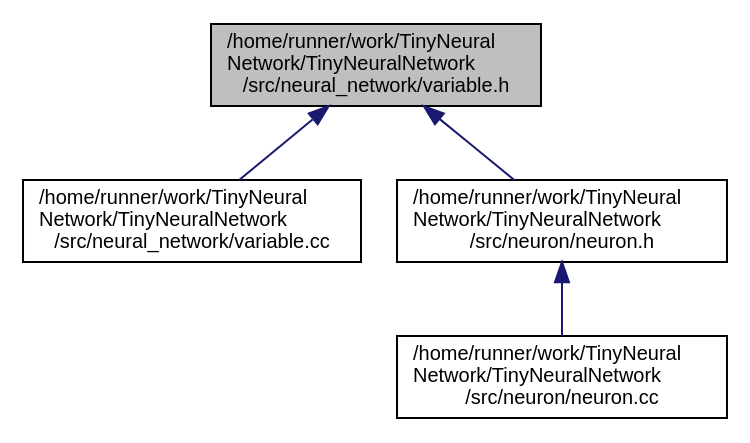
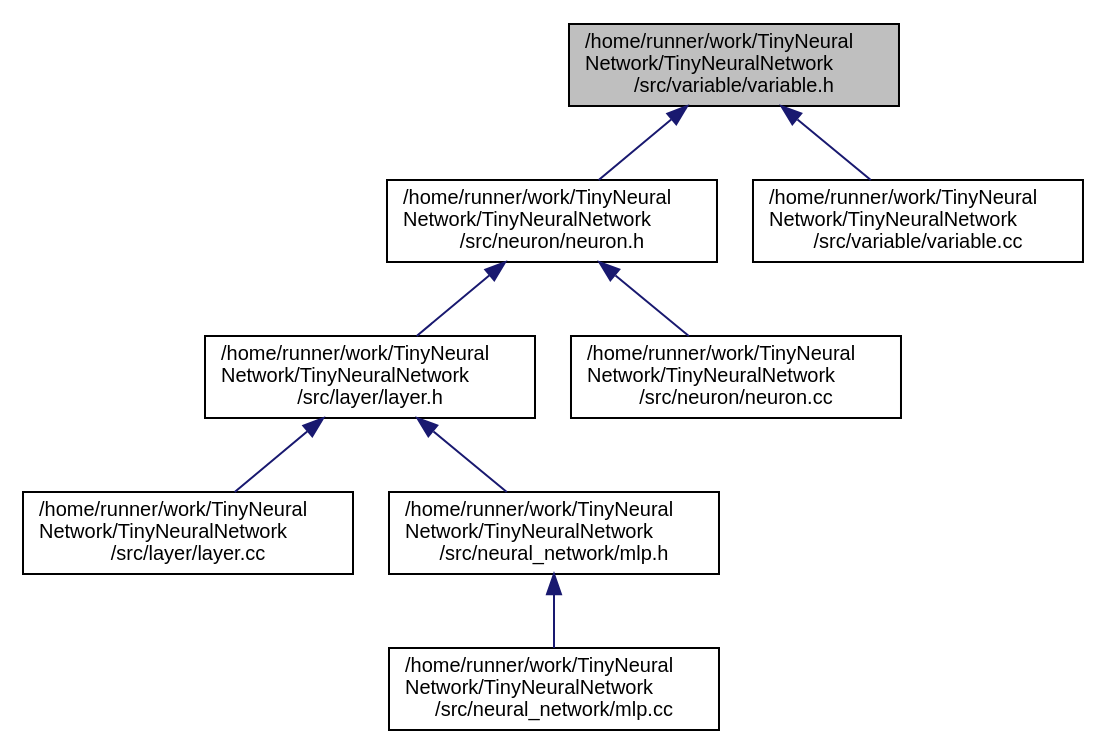
Before and after one commit to MaoSong2022/TinyNeuralNetwork: the diagram in variable_8h__dep__incl.dot, drawn with Graphviz. The commit also changed 90 other files, not shown here.

```diff
--- a/variable_8h__dep__incl.dot
+++ b/variable_8h__dep__incl.dot
@@ -1,13 +1,21 @@
-digraph "/home/runner/work/TinyNeuralNetwork/TinyNeuralNetwork/src/neural_network/variable.h"
+digraph "/home/runner/work/TinyNeuralNetwork/TinyNeuralNetwork/src/variable/variable.h"
 {
  // LATEX_PDF_SIZE
   edge [fontname="Helvetica",fontsize="10",labelfontname="Helvetica",labelfontsize="10"];
   node [fontname="Helvetica",fontsize="10",shape=record];
-  Node1 [label="/home/runner/work/TinyNeural\lNetwork/TinyNeuralNetwork\l/src/neural_network/variable.h",height=0.2,width=0.4,color="black", fillcolor="grey75", style="filled", fontcolor="black",tooltip=" "];
+  Node1 [label="/home/runner/work/TinyNeural\lNetwork/TinyNeuralNetwork\l/src/variable/variable.h",height=0.2,width=0.4,color="black", fillcolor="grey75", style="filled", fontcolor="black",tooltip=" "];
   Node1 -> Node2 [dir="back",color="midnightblue",fontsize="10",style="solid",fontname="Helvetica"];
-  Node2 [label="/home/runner/work/TinyNeural\lNetwork/TinyNeuralNetwork\l/src/neural_network/variable.cc",height=0.2,width=0.4,color="black", fillcolor="white", style="filled",URL="$variable_8cc.html",tooltip=" "];
-  Node1 -> Node3 [dir="back",color="midnightblue",fontsize="10",style="solid",fontname="Helvetica"];
-  Node3 [label="/home/runner/work/TinyNeural\lNetwork/TinyNeuralNetwork\l/src/neuron/neuron.h",height=0.2,width=0.4,color="black", fillcolor="white", style="filled",URL="$neuron_8h.html",tooltip=" "];
+  Node2 [label="/home/runner/work/TinyNeural\lNetwork/TinyNeuralNetwork\l/src/neuron/neuron.h",height=0.2,width=0.4,color="black", fillcolor="white", style="filled",URL="$neuron_8h.html",tooltip=" "];
+  Node2 -> Node3 [dir="back",color="midnightblue",fontsize="10",style="solid",fontname="Helvetica"];
+  Node3 [label="/home/runner/work/TinyNeural\lNetwork/TinyNeuralNetwork\l/src/layer/layer.h",height=0.2,width=0.4,color="black", fillcolor="white", style="filled",URL="$layer_8h.html",tooltip=" "];
   Node3 -> Node4 [dir="back",color="midnightblue",fontsize="10",style="solid",fontname="Helvetica"];
-  Node4 [label="/home/runner/work/TinyNeural\lNetwork/TinyNeuralNetwork\l/src/neuron/neuron.cc",height=0.2,width=0.4,color="black", fillcolor="white", style="filled",URL="$neuron_8cc.html",tooltip=" "];
+  Node4 [label="/home/runner/work/TinyNeural\lNetwork/TinyNeuralNetwork\l/src/layer/layer.cc",height=0.2,width=0.4,color="black", fillcolor="white", style="filled",URL="$layer_8cc.html",tooltip=" "];
+  Node3 -> Node5 [dir="back",color="midnightblue",fontsize="10",style="solid",fontname="Helvetica"];
+  Node5 [label="/home/runner/work/TinyNeural\lNetwork/TinyNeuralNetwork\l/src/neural_network/mlp.h",height=0.2,width=0.4,color="black", fillcolor="white", style="filled",URL="$mlp_8h.html",tooltip=" "];
+  Node5 -> Node6 [dir="back",color="midnightblue",fontsize="10",style="solid",fontname="Helvetica"];
+  Node6 [label="/home/runner/work/TinyNeural\lNetwork/TinyNeuralNetwork\l/src/neural_network/mlp.cc",height=0.2,width=0.4,color="black", fillcolor="white", style="filled",URL="$mlp_8cc.html",tooltip=" "];
+  Node2 -> Node7 [dir="back",color="midnightblue",fontsize="10",style="solid",fontname="Helvetica"];
+  Node7 [label="/home/runner/work/TinyNeural\lNetwork/TinyNeuralNetwork\l/src/neuron/neuron.cc",height=0.2,width=0.4,color="black", fillcolor="white", style="filled",URL="$neuron_8cc.html",tooltip=" "];
+  Node1 -> Node8 [dir="back",color="midnightblue",fontsize="10",style="solid",fontname="Helvetica"];
+  Node8 [label="/home/runner/work/TinyNeural\lNetwork/TinyNeuralNetwork\l/src/variable/variable.cc",height=0.2,width=0.4,color="black", fillcolor="white", style="filled",URL="$variable_8cc.html",tooltip=" "];
 }
```
